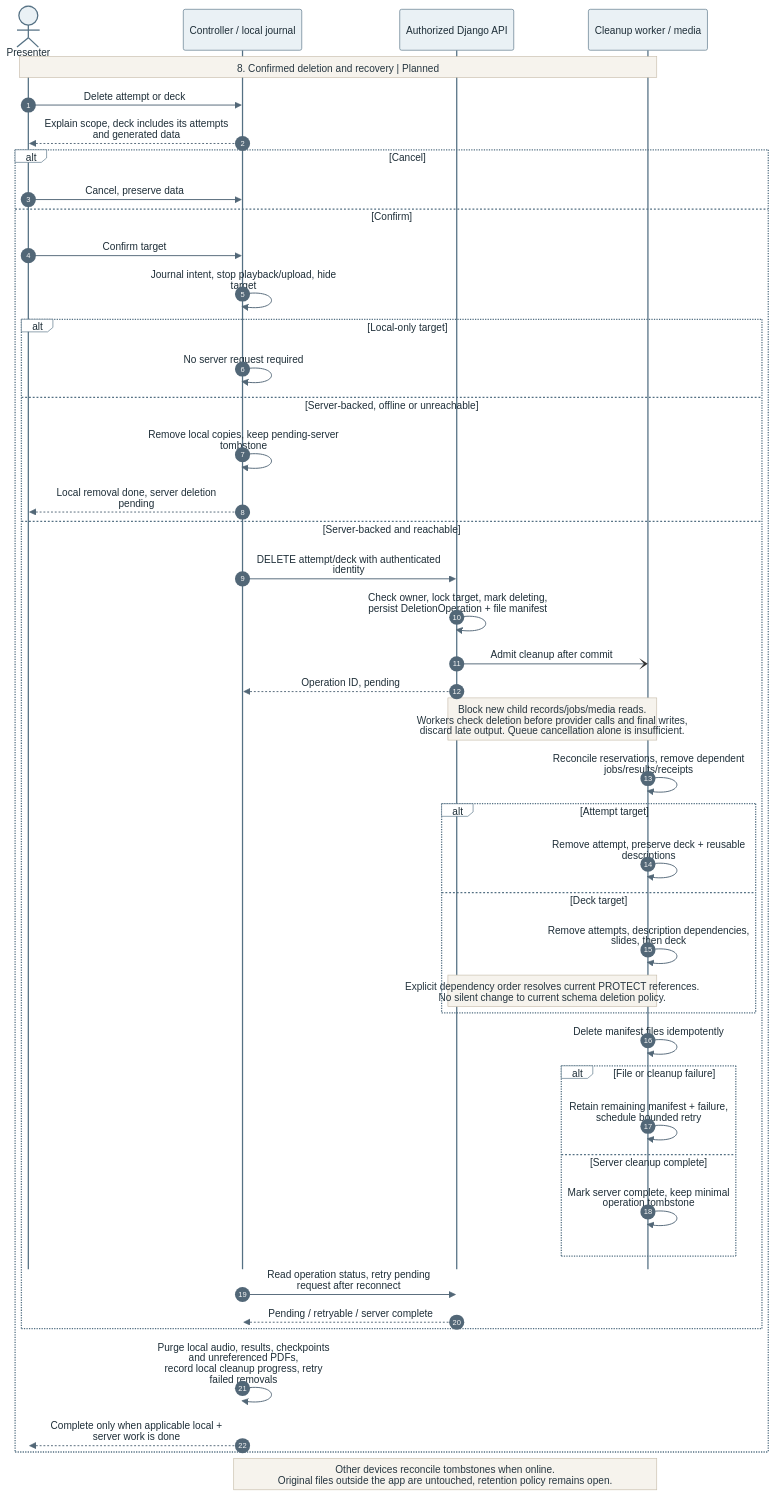
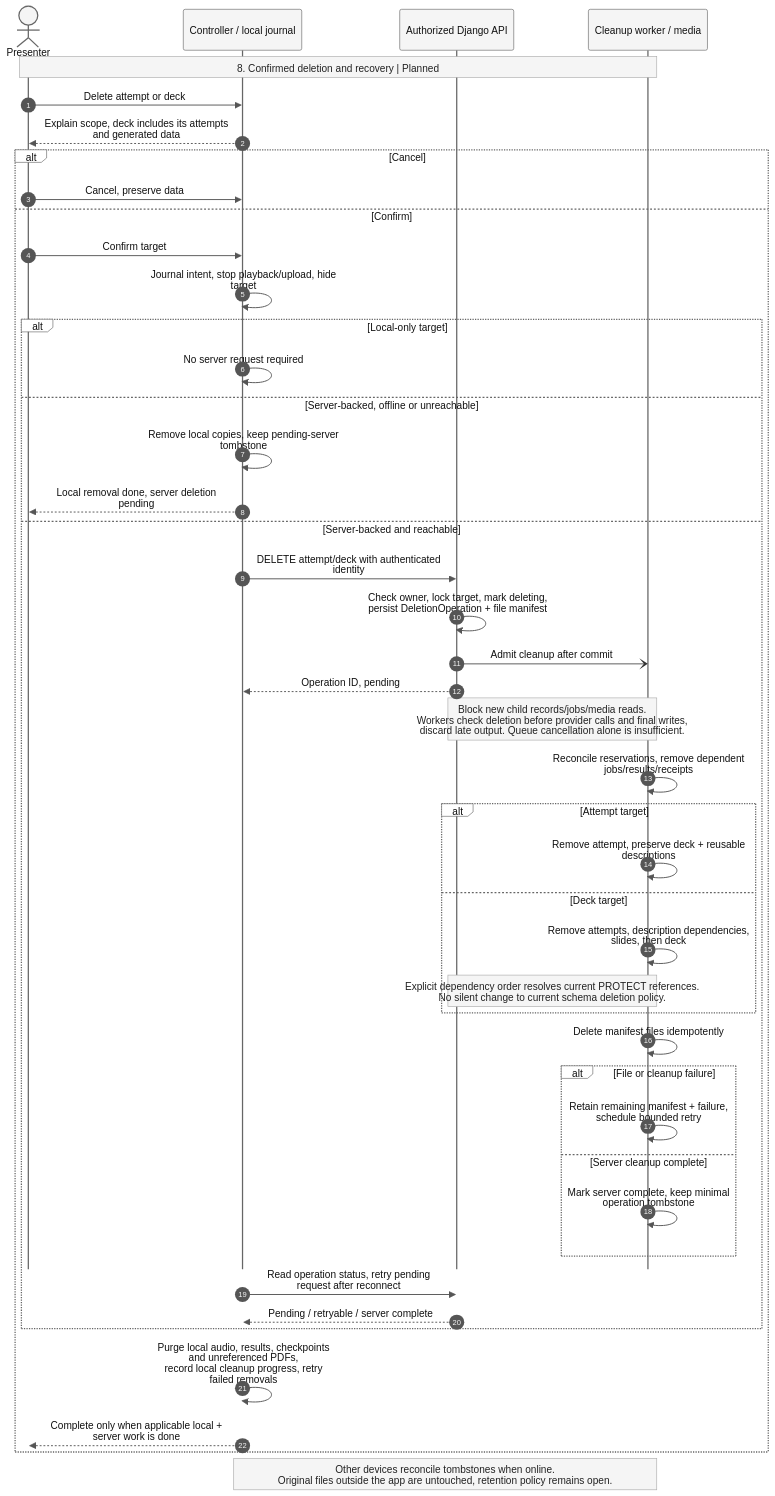
Before and after one commit to snuhcs-course/swpp-2026-project-team-07: the diagram in assets/outloud-design/sources/figure-8-deletion.mmd, drawn with Mermaid. The commit also changed 64 other files, not shown here.

```diff
--- a/assets/outloud-design/sources/figure-8-deletion.mmd
+++ b/assets/outloud-design/sources/figure-8-deletion.mmd
@@ -1,46 +1,46 @@
-%%{init: {"theme": "base", "themeCSS": ".actor-line {stroke-dasharray: 5 5 !important;}", "themeVariables": {"fontFamily": "Arial", "fontSize": "16px", "actorBkg": "#eaf1f5", "actorBorder": "#547083", "actorTextColor": "#1e2e38", "signalColor": "#526777", "signalTextColor": "#1e2e38", "noteBkgColor": "#f6f3ed", "noteBorderColor": "#c6bcaa", "noteTextColor": "#263640", "labelBoxBkgColor": "#ffffff", "labelBoxBorderColor": "#547083"}, "sequence": {"useMaxWidth": false, "mirrorActors": false, "actorMargin": 28, "messageMargin": 16, "noteMargin": 8, "wrap": false, "width": 155}}}%%
+%%{init: {"theme": "base", "themeCSS": ".actor-line {stroke-dasharray: 5 5 !important;}", "themeVariables": {"fontFamily": "Arial", "fontSize": "16px", "actorBkg": "#f5f5f5", "actorBorder": "#666666", "actorTextColor": "#111111", "signalColor": "#555555", "signalTextColor": "#111111", "noteBkgColor": "#f5f5f5", "noteBorderColor": "#aaaaaa", "noteTextColor": "#222222", "labelBoxBkgColor": "#ffffff", "labelBoxBorderColor": "#666666"}, "sequence": {"useMaxWidth": false, "mirrorActors": false, "actorMargin": 28, "messageMargin": 16, "noteMargin": 8, "wrap": false, "width": 155}}}%%
 sequenceDiagram
  autonumber
 actor U as Presenter
  participant A as Controller / local journal
  participant API as Authorized Django API
  participant W as Cleanup worker / media
  Note over U,W: 8. Confirmed deletion and recovery | Planned
  U->>A: Delete attempt or deck
  A-->>U: Explain scope, deck includes its attempts<br/>and generated data
  alt Cancel
   U->>A: Cancel, preserve data
  else Confirm
   U->>A: Confirm target
   A->>A: Journal intent, stop playback/upload, hide<br/>target
   alt Local-only target
    A->>A: No server request required
   else Server-backed, offline or unreachable
    A->>A: Remove local copies, keep pending-server<br/>tombstone
    A-->>U: Local removal done, server deletion<br/>pending
   else Server-backed and reachable
    A->>API: DELETE attempt/deck with authenticated<br/>identity
    API->>API: Check owner, lock target, mark deleting,<br/>persist DeletionOperation + file manifest
    API-)W: Admit cleanup after commit
    API-->>A: Operation ID, pending
    Note over API,W: Block new child records/jobs/media reads.<br/>Workers check deletion before provider calls and final writes,<br/>discard late output. Queue cancellation alone is insufficient.
    W->>W: Reconcile reservations, remove dependent<br/>jobs/results/receipts
    alt Attempt target
     W->>W: Remove attempt, preserve deck + reusable<br/>descriptions
    else Deck target
     W->>W: Remove attempts, description dependencies,<br/>slides, then deck
     Note over API,W: Explicit dependency order resolves current PROTECT references.<br/>No silent change to current schema deletion policy.
    end
    W->>W: Delete manifest files idempotently
    alt File or cleanup failure
     W->>W: Retain remaining manifest + failure,<br/>schedule bounded retry
    else Server cleanup complete
     W->>W: Mark server complete, keep minimal<br/>operation tombstone
    end
    A->>API: Read operation status, retry pending<br/>request after reconnect
    API-->>A: Pending / retryable / server complete
   end
   A->>A: Purge local audio, results, checkpoints<br/>and unreferenced PDFs,<br/>record local cleanup progress, retry<br/>failed removals
   A-->>U: Complete only when applicable local +<br/>server work is done
  end
  Note over A,W: Other devices reconcile tombstones when online.<br/>Original files outside the app are untouched, retention policy remains open.
```
